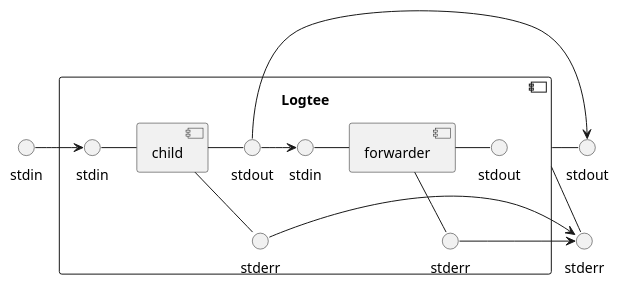
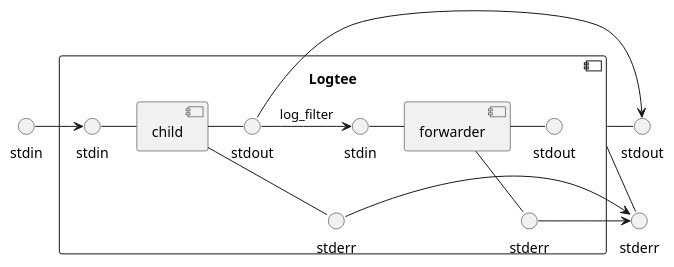
One commit to mobility-university/logtee changed the diagram in architecture.puml. Above: the diagram before and after it, drawn with PlantUML. The commit also changed 1 other file, not shown here.

Commit message:
update UML-Diagram

```diff
--- a/architecture.puml
+++ b/architecture.puml
@@ -1,38 +1,38 @@
 @startuml
 
 () "stdin" as stdin_logtee
 stdin_logtee -[hidden]right- Logtee
 () "stdout" as stdout_logtee
 stdout_logtee -left- Logtee
 () "stderr" as stderr_logtee
 stderr_logtee -up- Logtee
 
 component Logtee {
     () "stdin" as stdin_child
     stdin_child -right- child
     () "stdout" as stdout_child
     stdout_child -left- child
     () "stderr" as stderr_child
     stderr_child -up- child
 
     () "stdin" as stdin_forwarder
     stdin_forwarder -right- forwarder
     () "stdout" as stdout_forwarder
     stdout_forwarder -left- forwarder
     () "stderr" as stderr_forwarder
     stderr_forwarder -up- forwarder
 
     stdin_logtee -> stdin_child
     stdout_child -> stdout_logtee
-    stdout_child -> stdin_forwarder
+    stdout_child -> stdin_forwarder : log_filter
     stderr_child -> stderr_logtee
     stderr_forwarder -> stderr_logtee
 
     component "child" {
     }
 
     component "forwarder" {
     }
 
 }
 @enduml
```
